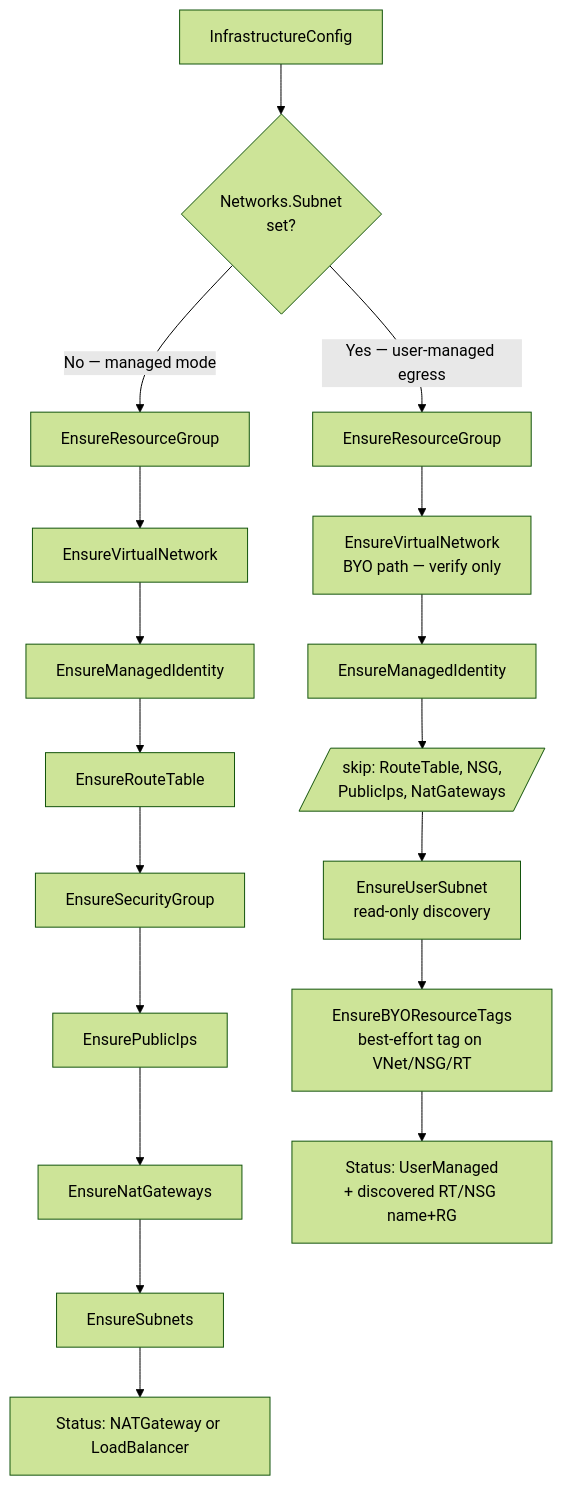
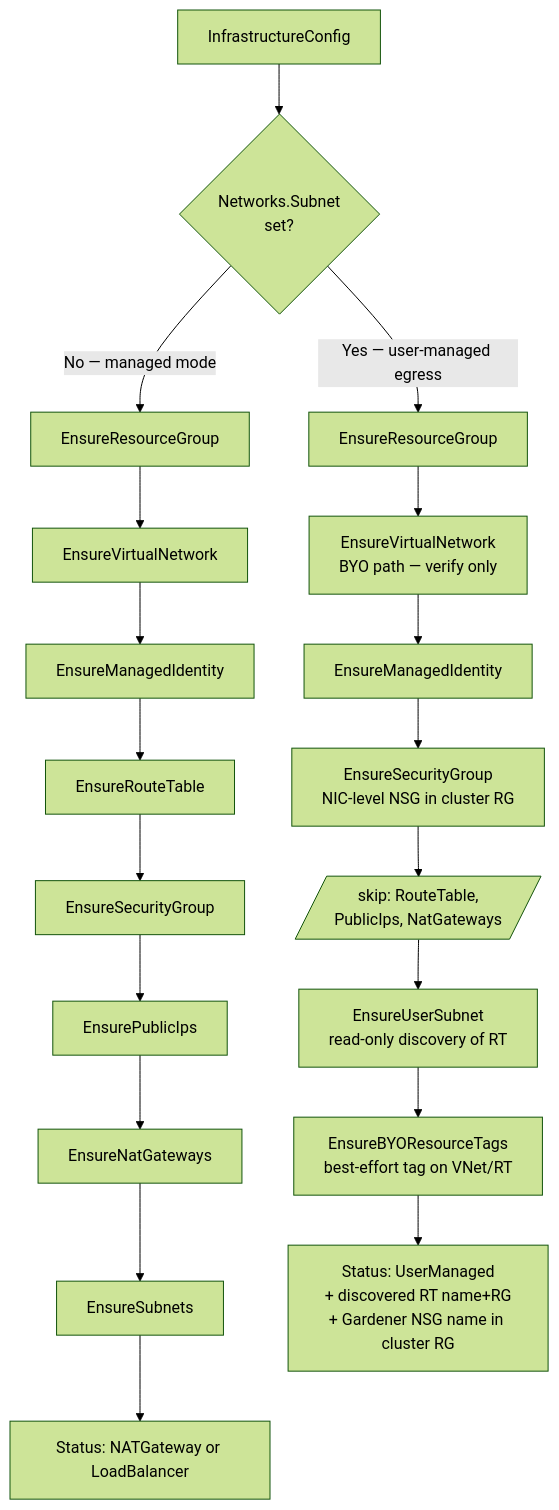
The diagram in docs/proposals/flexible-network-configuration-proposal.md (gardener/gardener-extension-provider-azure), drawn with Mermaid (forest theme) before and after one commit. The commit also changed other lines of this file and 2 other files, not shown here.

````diff
--- a/docs/proposals/flexible-network-configuration-proposal.md
+++ b/docs/proposals/flexible-network-configuration-proposal.md
@@ -168,21 +169,22 @@
 ```mermaid
 flowchart TD
     Cfg[InfrastructureConfig] --> Ck{Networks.Subnet<br/>set?}
     Ck -->|No — managed mode| M1[EnsureResourceGroup]
     M1 --> M2[EnsureVirtualNetwork]
     M2 --> M3[EnsureManagedIdentity]
     M3 --> M4[EnsureRouteTable]
     M4 --> M5[EnsureSecurityGroup]
     M5 --> M6[EnsurePublicIps]
     M6 --> M7[EnsureNatGateways]
     M7 --> M8[EnsureSubnets]
     M8 --> MZ[Status: NATGateway or LoadBalancer]
 
     Ck -->|Yes — user-managed egress| B1[EnsureResourceGroup]
     B1 --> B2[EnsureVirtualNetwork<br/>BYO path — verify only]
     B2 --> B3[EnsureManagedIdentity]
-    B3 --> BSk[/skip: RouteTable, NSG,<br/>PublicIps, NatGateways/]
-    BSk --> BUS[EnsureUserSubnet<br/>read-only discovery]
-    BUS --> BT[EnsureBYOResourceTags<br/>best-effort tag on VNet/NSG/RT]
-    BT --> BZ[Status: UserManaged<br/>+ discovered RT/NSG name+RG]
+    B3 --> B4[EnsureSecurityGroup<br/>NIC-level NSG in cluster RG]
+    B4 --> BSk[/skip: RouteTable,<br/>PublicIps, NatGateways/]
+    BSk --> BUS[EnsureUserSubnet<br/>read-only discovery of RT]
+    BUS --> BT[EnsureBYOResourceTags<br/>best-effort tag on VNet/RT]
+    BT --> BZ[Status: UserManaged<br/>+ discovered RT name+RG<br/>+ Gardener NSG name in cluster RG]
 ```
````
